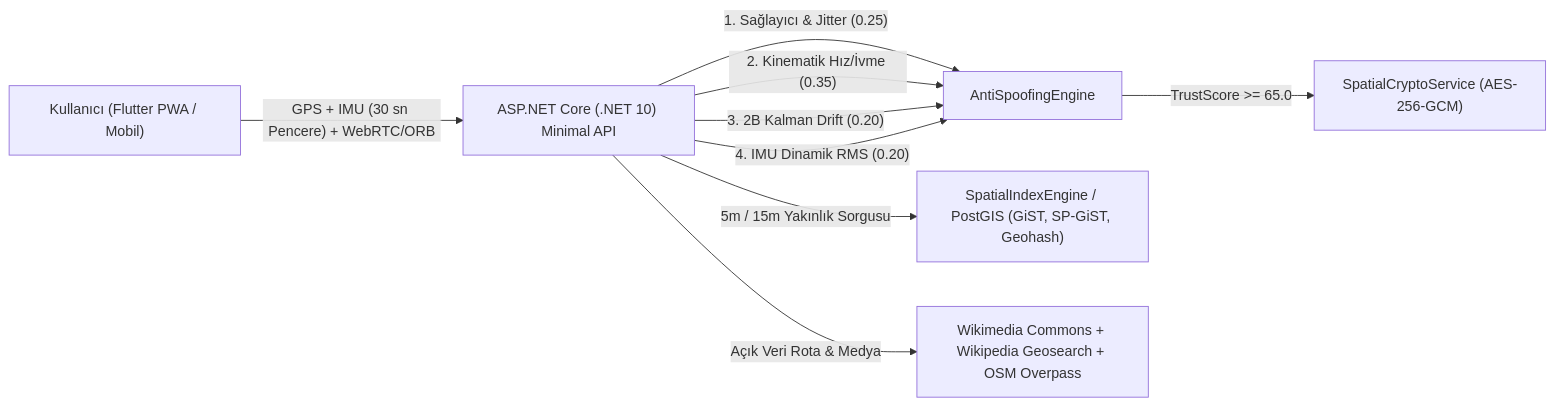
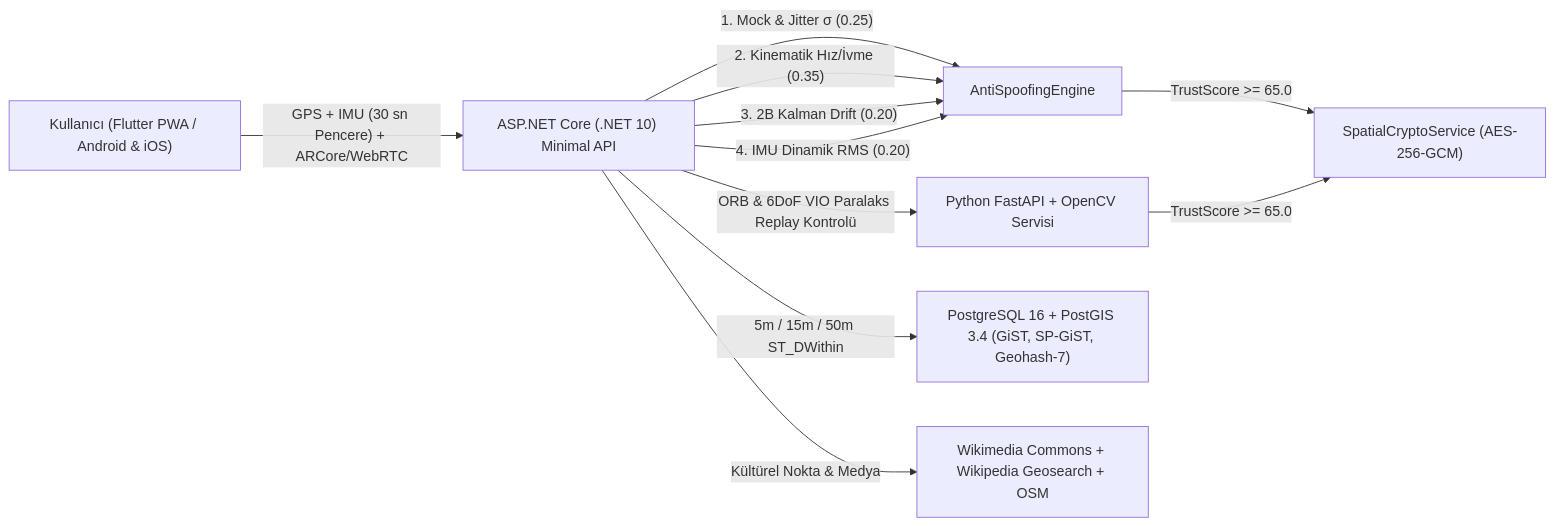
The diagram in README.md (yusufcirak07/kapsul-ar), drawn with Mermaid before and after one commit. The commit also changed other lines of this file, not shown here.

````diff
--- a/README.md
+++ b/README.md
@@ -74,11 +72,12 @@
 ```mermaid
 flowchart LR
-    U["Kullanıcı (Flutter PWA / Mobil)"] -->|"GPS + IMU (30 sn Pencere) + WebRTC/ORB"| API["ASP.NET Core (.NET 10) Minimal API"]
-    API -->|"1. Sağlayıcı & Jitter (0.25)"| AS["AntiSpoofingEngine"]
+    U["Kullanıcı (Flutter PWA / Android & iOS)"] -->|"GPS + IMU (30 sn Pencere) + ARCore/WebRTC"| API["ASP.NET Core (.NET 10) Minimal API"]
+    API -->|"1. Mock & Jitter σ (0.25)"| AS["AntiSpoofingEngine"]
     API -->|"2. Kinematik Hız/İvme (0.35)"| AS
     API -->|"3. 2B Kalman Drift (0.20)"| AS
     API -->|"4. IMU Dinamik RMS (0.20)"| AS
-    AS -->|"TrustScore >= 65.0"| CRYPTO["SpatialCryptoService (AES-256-GCM)"]
-    API -->|"5m / 15m Yakınlık Sorgusu"| SPATIAL["SpatialIndexEngine / PostGIS (GiST, SP-GiST, Geohash)"]
-    API -->|"Açık Veri Rota & Medya"| EXT["Wikimedia Commons + Wikipedia Geosearch + OSM Overpass"]
+    API -->|"ORB & 6DoF VIO Paralaks Replay Kontrolü"| CV["Python FastAPI + OpenCV Servisi"]
+    AS & CV -->|"TrustScore >= 65.0"| CRYPTO["SpatialCryptoService (AES-256-GCM)"]
+    API -->|"5m / 15m / 50m ST_DWithin"| SPATIAL["PostgreSQL 16 + PostGIS 3.4 (GiST, SP-GiST, Geohash-7)"]
+    API -->|"Kültürel Nokta & Medya"| EXT["Wikimedia Commons + Wikipedia Geosearch + OSM"]
 ```
````
